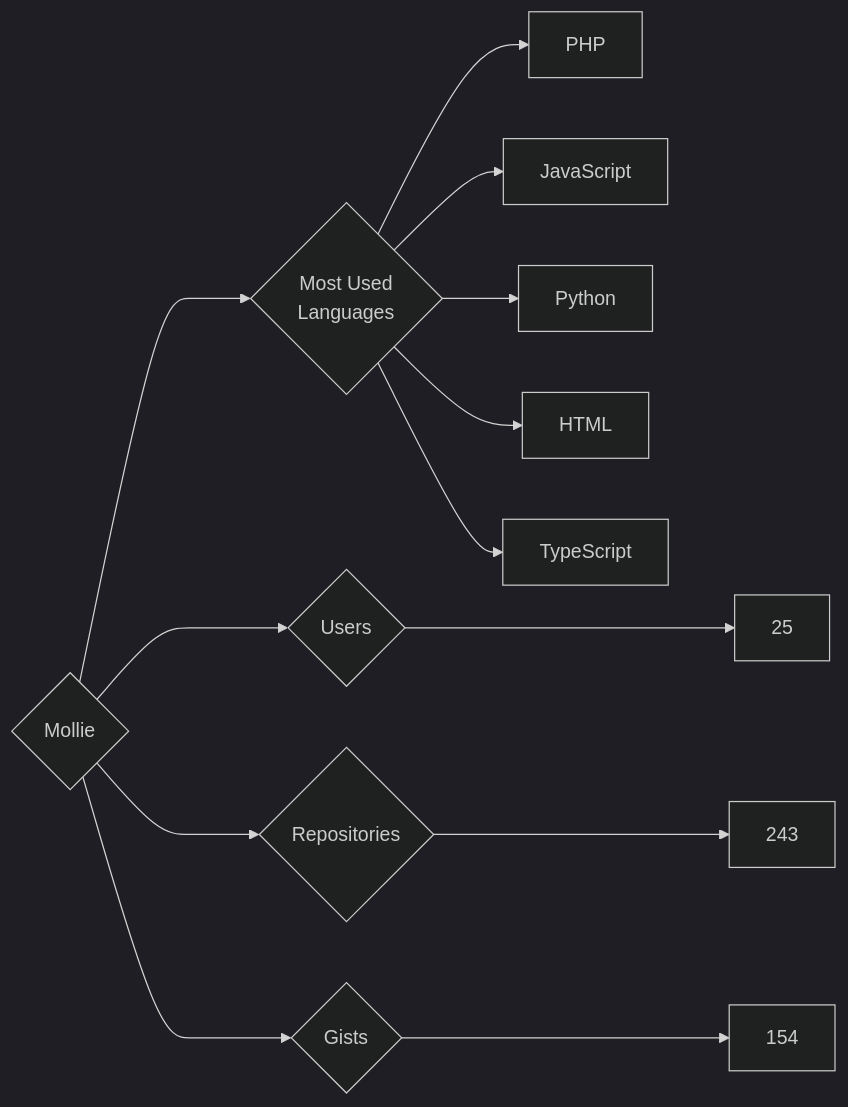
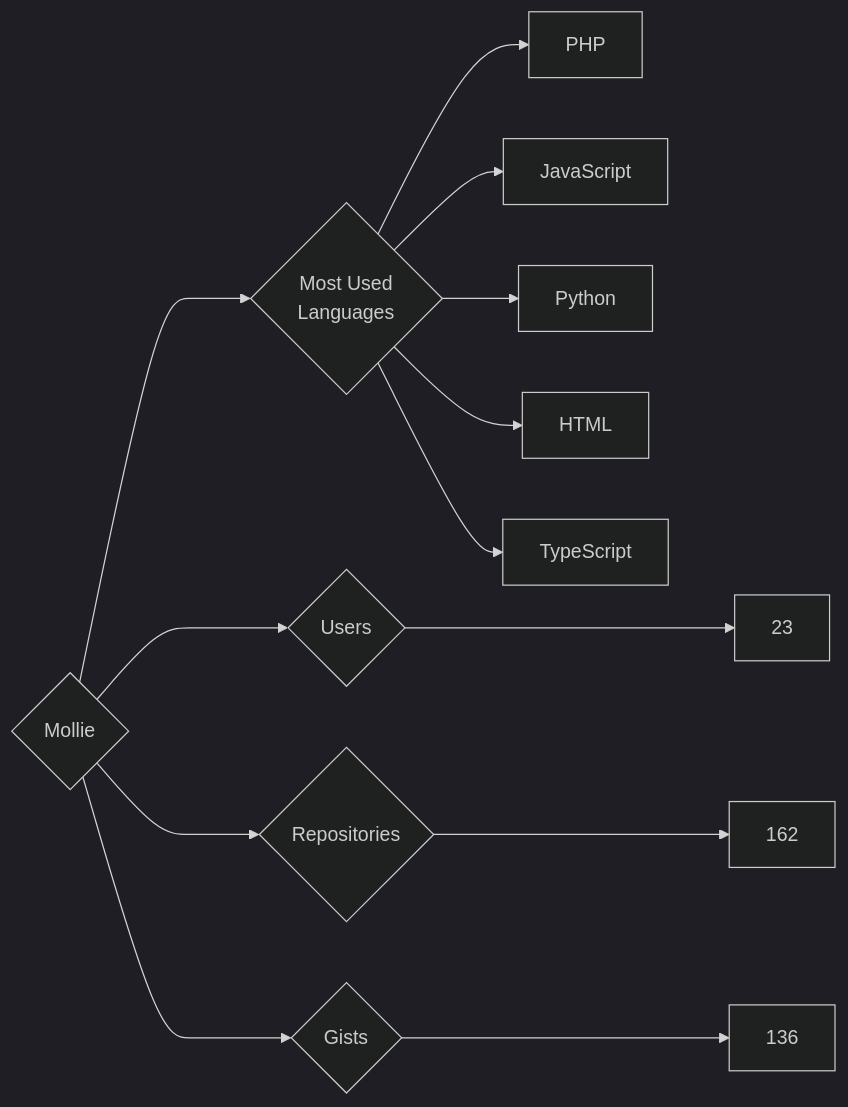
The diagram in targets/Mollie/README.md (trickest/insiders), drawn with Mermaid (dark theme) before and after one commit. The commit also changed 886 other files, not shown here.

````diff
--- a/targets/Mollie/README.md
+++ b/targets/Mollie/README.md
@@ -3,13 +3,13 @@
 ```mermaid
 graph LR
 COMPANY_NAME{Mollie}
-COMPANY_NAME ---> U{Users} ---> UN[25]
-COMPANY_NAME ---> R{Repositories} ---> RN[243]
-COMPANY_NAME ---> G{Gists} ---> GN[154]
+COMPANY_NAME ---> U{Users} ---> UN[23]
+COMPANY_NAME ---> R{Repositories} ---> RN[162]
+COMPANY_NAME ---> G{Gists} ---> GN[136]
 COMPANY_NAME ---> ML{Most Used<br>Languages}
 ML --> PHP[PHP]
 ML --> JavaScript[JavaScript]
 ML --> Python[Python]
 ML --> HTML[HTML]
 ML --> TypeScript[TypeScript]
 ```
````
